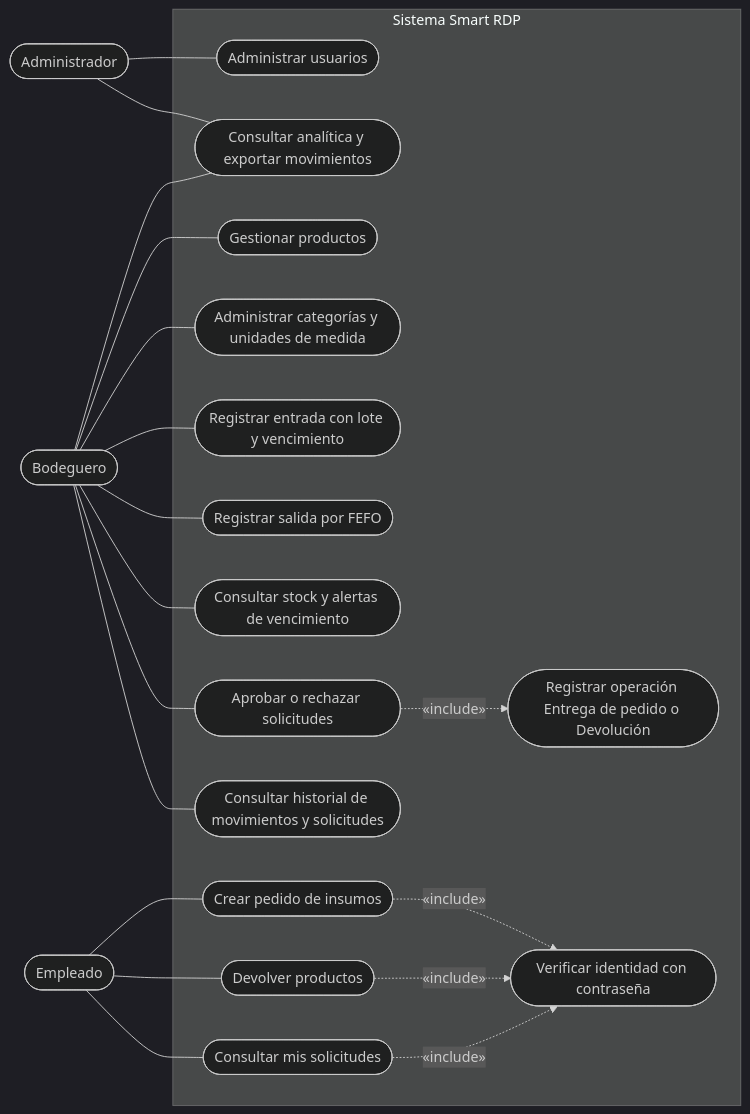
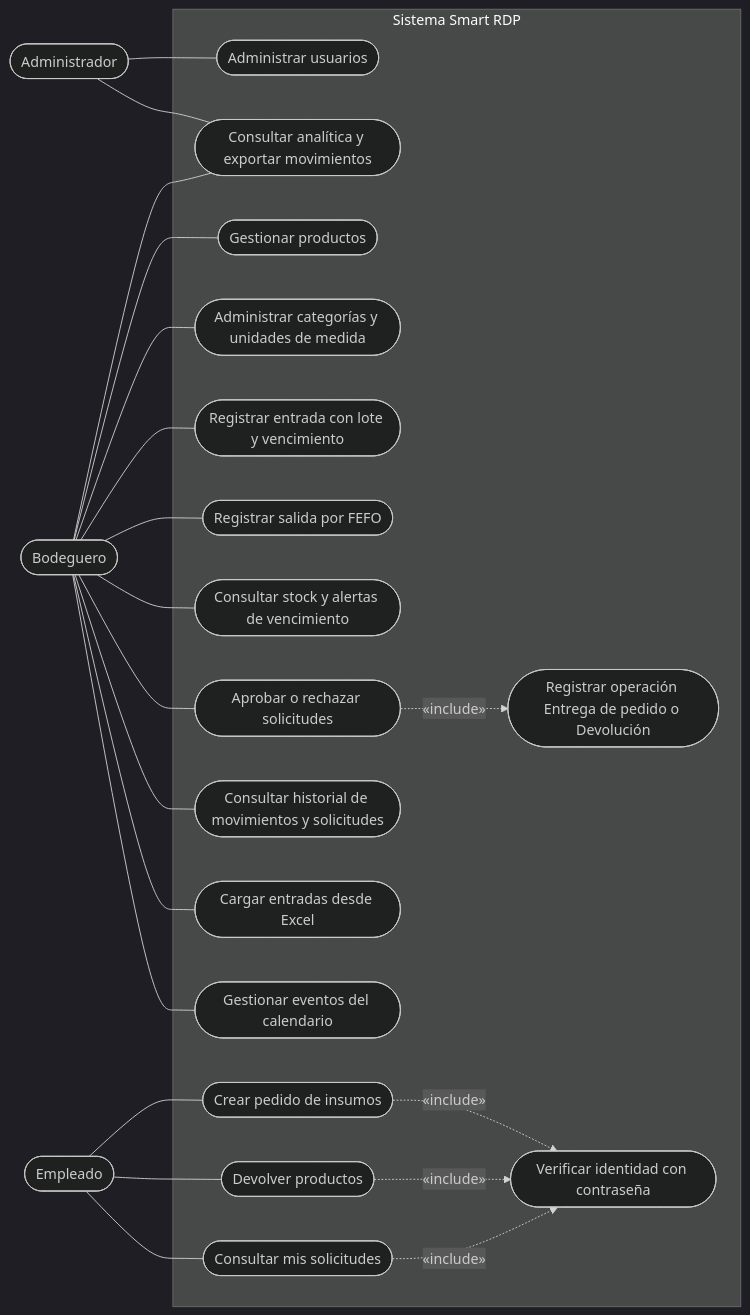
Before and after one commit to ezequielesq/SAN-BERNARDO-MALLEN-GONZALEZ-PTY4614-002D-EQUIPO-3: the first of 5 diagrams in FASE-2/EVIDENCIAS-DE-PROYECTO/08-Diagramas-UML.md, drawn with Mermaid (dark theme). The commit also changed other lines of this file and 6 other files, not shown here.

Commit message:
Documenta los eventos y las entradas por Excel y regenera los diagramas

````diff
--- a/FASE-2/EVIDENCIAS-DE-PROYECTO/08-Diagramas-UML.md
+++ b/FASE-2/EVIDENCIAS-DE-PROYECTO/08-Diagramas-UML.md
@@ -24,44 +24,48 @@
 ```mermaid
 flowchart LR
     adm(["Administrador"])
     bod(["Bodeguero"])
     emp(["Empleado"])
 
     subgraph SIS["Sistema Smart RDP"]
         uc1(["Administrar usuarios"])
         uc2(["Consultar analítica y exportar movimientos"])
         uc3(["Gestionar productos"])
         uc4(["Administrar categorías y unidades de medida"])
         uc5(["Registrar entrada con lote y vencimiento"])
         uc6(["Registrar salida por FEFO"])
         uc7(["Consultar stock y alertas de vencimiento"])
         uc8(["Aprobar o rechazar solicitudes"])
         uc9(["Consultar historial de movimientos y solicitudes"])
         uc10(["Crear pedido de insumos"])
         uc11(["Devolver productos"])
         uc12(["Consultar mis solicitudes"])
         uc13(["Registrar operación Entrega de pedido o Devolución"])
         uc14(["Verificar identidad con contraseña"])
+        uc15(["Cargar entradas desde Excel"])
+        uc16(["Gestionar eventos del calendario"])
     end
 
     adm --- uc1
     adm --- uc2
 
     bod --- uc2
     bod --- uc3
     bod --- uc4
     bod --- uc5
     bod --- uc6
     bod --- uc7
     bod --- uc8
     bod --- uc9
+    bod --- uc15
+    bod --- uc16
 
     emp --- uc10
     emp --- uc11
     emp --- uc12
 
     uc8 -.->|"«include»"| uc13
     uc10 -.->|"«include»"| uc14
     uc11 -.->|"«include»"| uc14
     uc12 -.->|"«include»"| uc14
 ```
````
